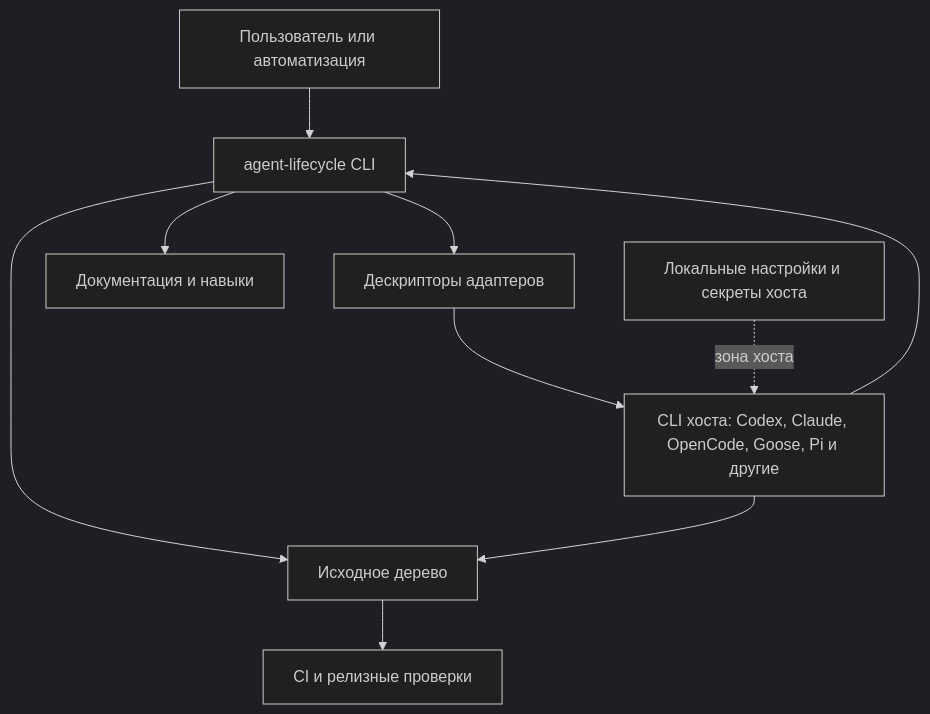
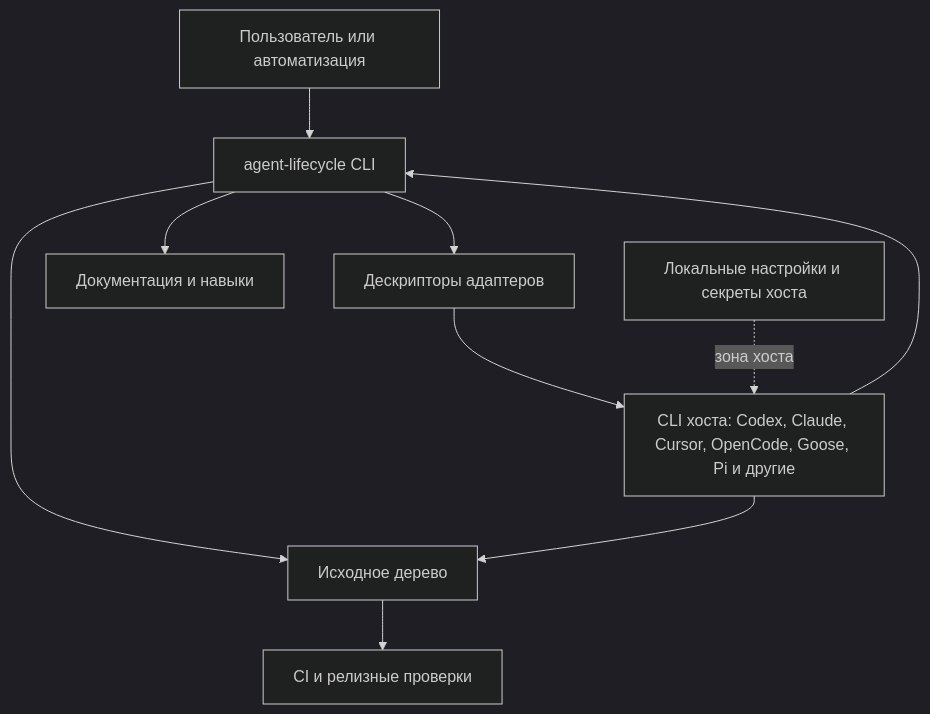
The second of 12 diagrams in docs/ru/architecture/system-architecture.md (avksp/agent-lifecycle-kit), drawn with Mermaid (dark theme) before and after one commit. The commit also changed other lines of this file and 4 other files, not shown here.

Commit message:
docs: update architecture and comparison docs

````diff
--- a/docs/ru/architecture/system-architecture.md
+++ b/docs/ru/architecture/system-architecture.md
@@ -62,21 +62,21 @@
 ```mermaid
 flowchart TB
   user[Пользователь или автоматизация]
   cli[agent-lifecycle CLI]
   source[Исходное дерево]
   adapters[Дескрипторы адаптеров]
-  host[CLI хоста: Codex, Claude, OpenCode, Goose, Pi и другие]
+  host[CLI хоста: Codex, Claude, Cursor, OpenCode, Goose, Pi и другие]
   ci[CI и релизные проверки]
   docs[Документация и навыки]
   local[Локальные настройки и секреты хоста]
 
   user --> cli
   cli --> source
   cli --> adapters
   cli --> docs
   source --> ci
   adapters --> host
   local -. зона хоста .-> host
   host --> source
   host --> cli
 ```
````
